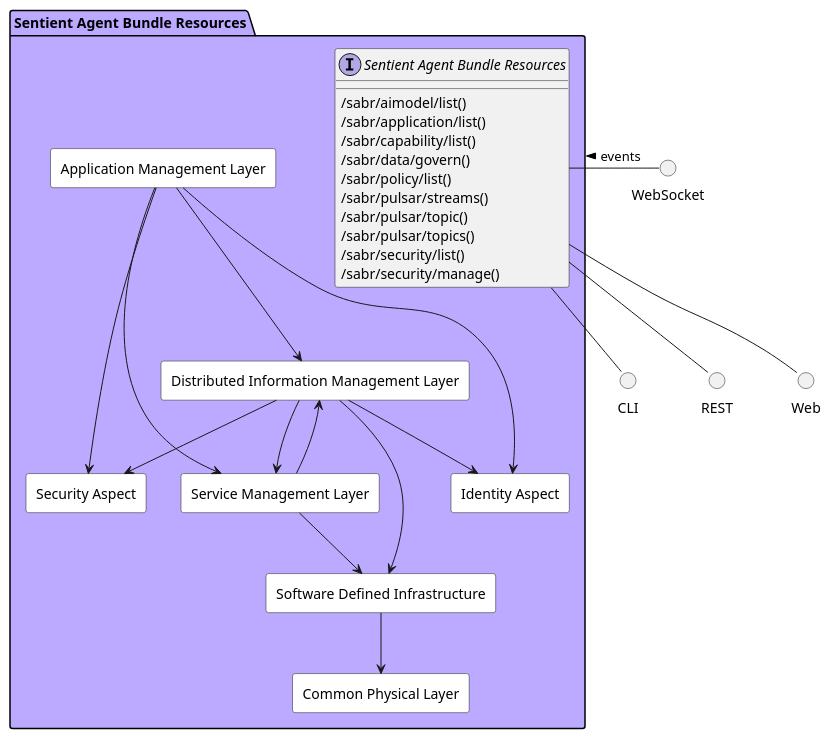
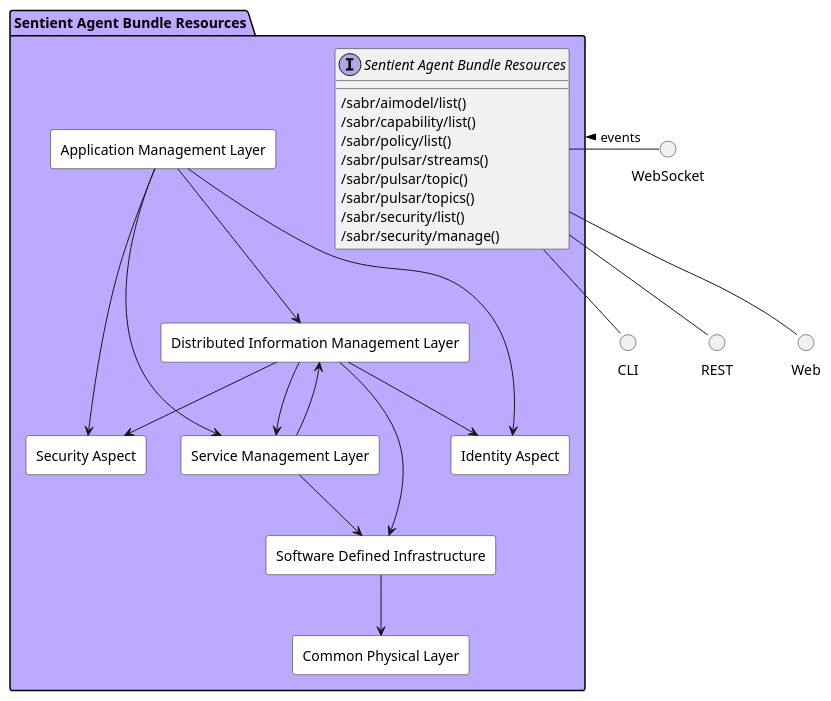
One commit to madajaju/sabr changed the diagram in docs/sabr/subpackage.puml. Above: the diagram before and after it, drawn with PlantUML. The commit also changed 484 other files, not shown here.

```diff
--- a/docs/sabr/subpackage.puml
+++ b/docs/sabr/subpackage.puml
@@ -1,83 +1,81 @@
 @startuml
 
 
 
 package "Sentient Agent Bundle Resources" #bbaaff {
 
     interface "Sentient Agent Bundle Resources" as i {
     
             /sabr/aimodel/list()
-            /sabr/application/list()
             /sabr/capability/list()
-            /sabr/data/govern()
             /sabr/policy/list()
             /sabr/pulsar/streams()
             /sabr/pulsar/topic()
             /sabr/pulsar/topics()
             /sabr/security/list()
             /sabr/security/manage()
     
     }
 }
 
 circle REST
 circle Web
 circle CLI
 circle WebSocket
 
 i -down- Web
 i -down- CLI
 i -down- REST
 WebSocket -left- i: events >
 
 package "Sentient Agent Bundle Resources" #bbaaff {
 
 
 rectangle "Application Management Layer" #white {
 }
 
 rectangle "Common Physical Layer" #white {
 }
 
 rectangle "Distributed Information Management Layer" #white {
 }
 
 rectangle "Identity Aspect" #white {
 }
 
 rectangle "Security Aspect" #white {
 }
 
 rectangle "Service Management Layer" #white {
 }
 
 rectangle "Software Defined Infrastructure" #white {
 }
 
     "Application Management Layer" --> "Distributed Information Management Layer"
     
     "Application Management Layer" --> "Service Management Layer"
     
     "Application Management Layer" --> "Security Aspect"
     
     "Application Management Layer" --> "Identity Aspect"
     
     "Distributed Information Management Layer" --> "Software Defined Infrastructure"
     
     "Distributed Information Management Layer" --> "Service Management Layer"
     
     "Distributed Information Management Layer" --> "Security Aspect"
     
     "Distributed Information Management Layer" --> "Identity Aspect"
     
     "Service Management Layer" --> "Software Defined Infrastructure"
     
     "Service Management Layer" --> "Distributed Information Management Layer"
     
     "Software Defined Infrastructure" --> "Common Physical Layer"
     
 }
 
 
 
 @enduml
```
